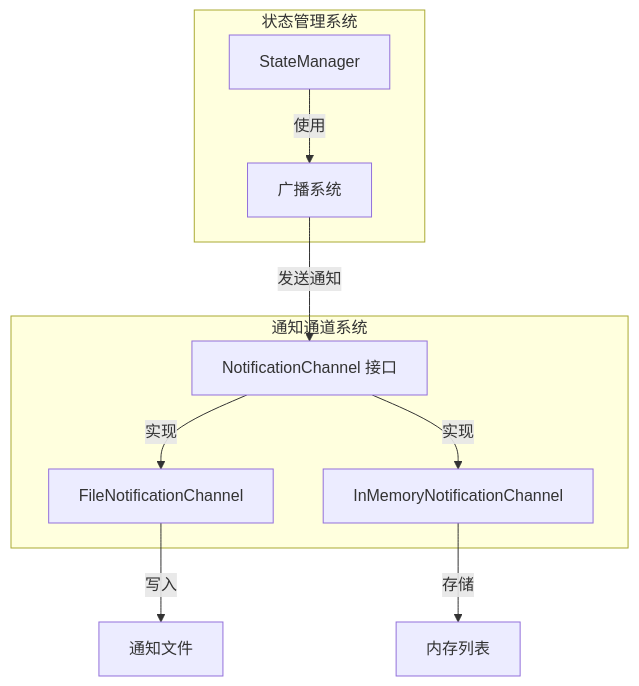
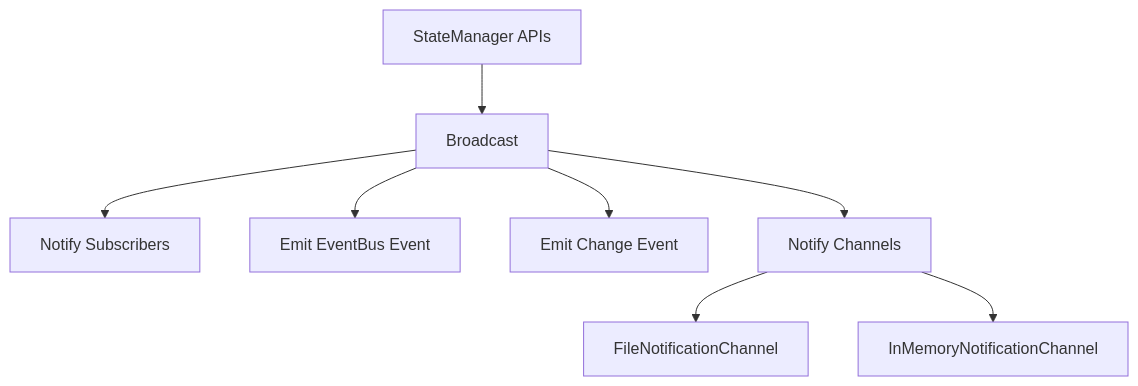
The first of 3 diagrams in public/loki-mode-docs/Notification Channels.md (nerdneilsfield/code-wiki-pages), drawn with Mermaid before and after one commit. The commit also changed other lines of this file and 399 other files, not shown here.

````diff
--- a/public/loki-mode-docs/Notification Channels.md
+++ b/public/loki-mode-docs/Notification Channels.md
@@ -11,21 +17,10 @@
 ```mermaid
-graph TB
-    subgraph "通知通道系统"
-        ChannelInterface[NotificationChannel 接口]
-        FileChannel[FileNotificationChannel]
-        InMemoryChannel[InMemoryNotificationChannel]
-    end
-
-    subgraph "状态管理系统"
-        StateManager[StateManager]
-        Broadcast[广播系统]
-    end
-
-    StateManager -->|使用| Broadcast
-    Broadcast -->|发送通知| ChannelInterface
-    ChannelInterface -->|实现| FileChannel
-    ChannelInterface -->|实现| InMemoryChannel
-    
-    FileChannel -->|写入| NotificationFile[通知文件]
-    InMemoryChannel -->|存储| MemoryList[内存列表]
+graph TD
+    A[StateManager APIs] --> B[Broadcast]
+    B --> C[Notify Subscribers]
+    B --> D[Emit EventBus Event]
+    B --> E[Emit Change Event]
+    B --> F[Notify Channels]
+    F --> G[FileNotificationChannel]
+    F --> H[InMemoryNotificationChannel]
 ```
````
